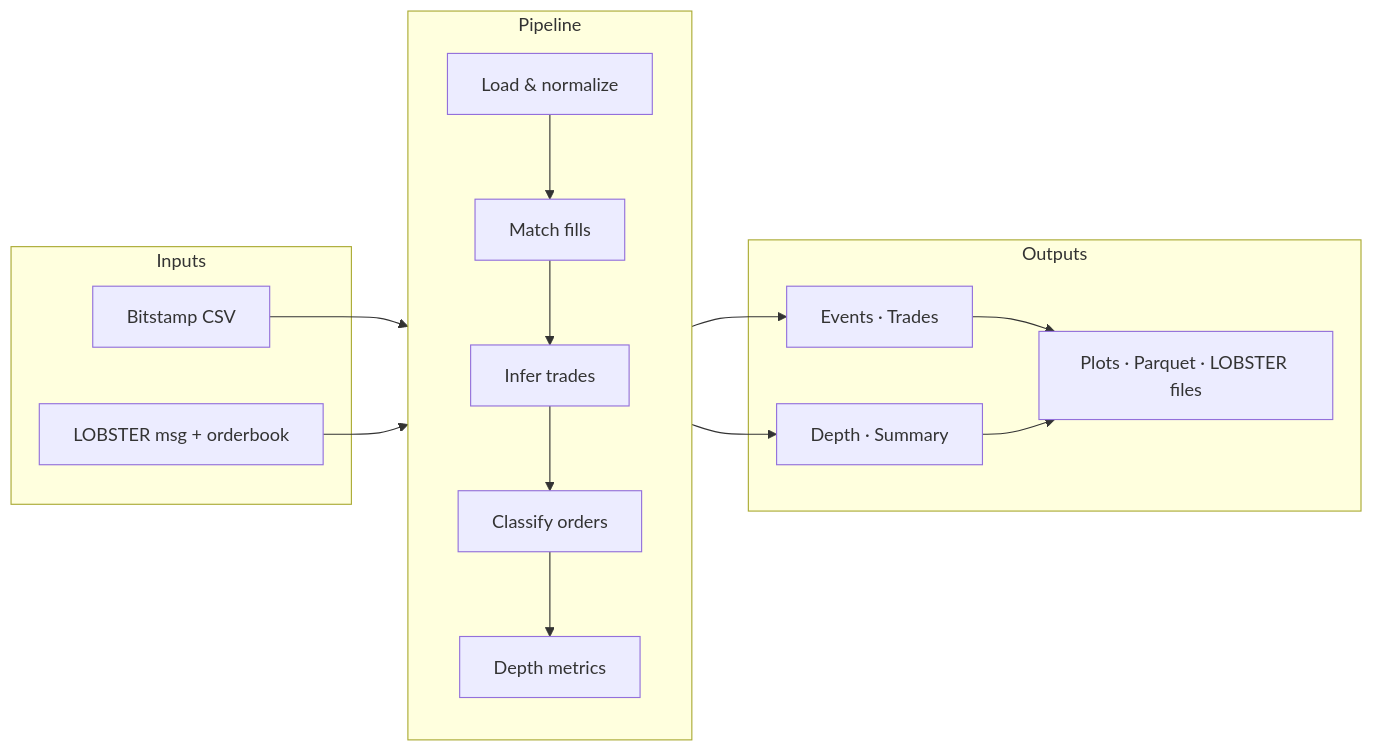
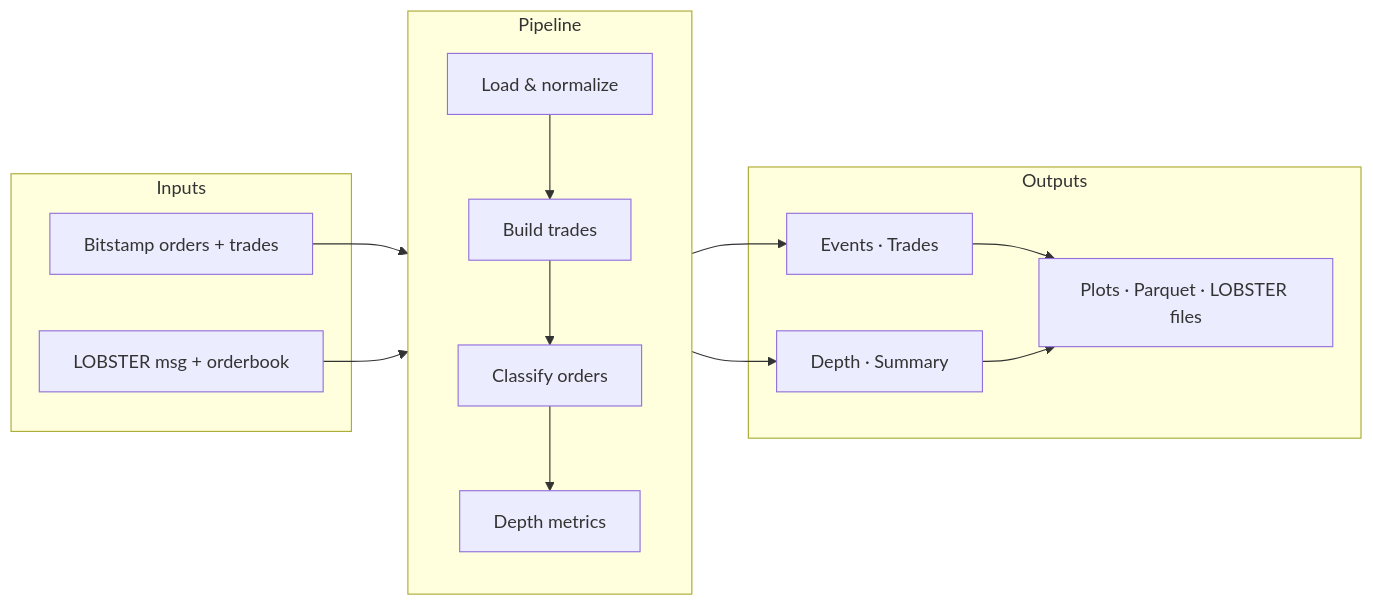
The diagram in docs/index.md (mczielinski/ob-analytics), drawn with Mermaid before and after one commit. The commit also changed other lines of this file and 9 other files, not shown here.

````diff
--- a/docs/index.md
+++ b/docs/index.md
@@ -27,29 +27,28 @@
 ```mermaid
 flowchart LR
     subgraph in["Inputs"]
-        CSV[Bitstamp CSV]
+        CSV[Bitstamp orders + trades]
         LOB[LOBSTER msg + orderbook]
     end
 
     subgraph pipeline["Pipeline"]
         direction TB
         L[Load & normalize]
-        M[Match fills]
-        T[Infer trades]
+        T[Build trades]
         C[Classify orders]
         D[Depth metrics]
-        L --> M --> T --> C --> D
+        L --> T --> C --> D
     end
 
     subgraph out["Outputs"]
         EV[Events · Trades]
         DP[Depth · Summary]
         VZ[Plots · Parquet · LOBSTER files]
     end
 
     CSV --> L
     LOB --> L
     pipeline --> EV
     pipeline --> DP
     EV & DP --> VZ
 ```
````
